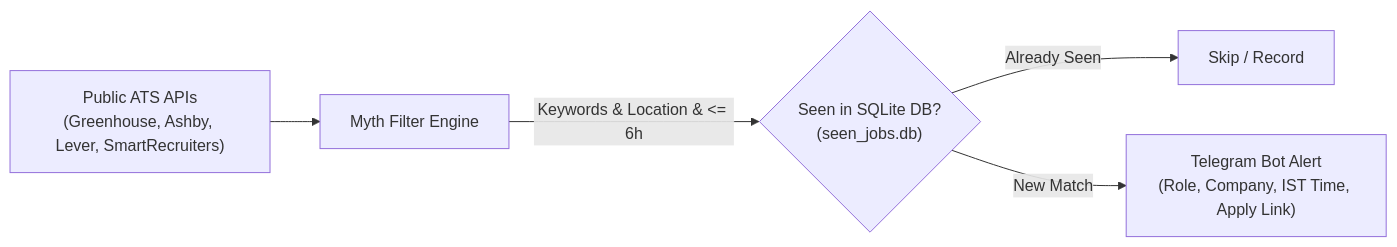
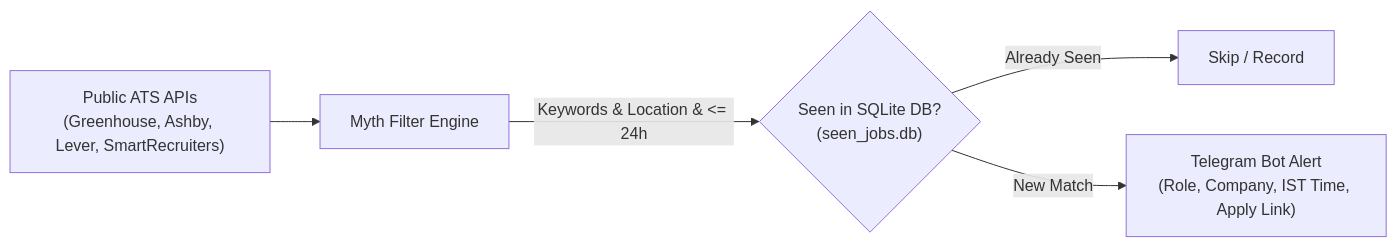
Before and after one commit to abhijeet-rx/Myth: the diagram in README.md, drawn with Mermaid. The commit also changed other lines of this file and 6 other files, not shown here.

Commit message:
feat: schedule every 15 mins, enforce <=24h age rule, and pre-seed seen_jobs.db to prevent duplicates

````diff
--- a/README.md
+++ b/README.md
@@ -21,7 +22,7 @@
 ```mermaid
 flowchart LR
     A["Public ATS APIs<br/>(Greenhouse, Ashby, Lever, SmartRecruiters)"] --> B["Myth Filter Engine"]
-    B -->|Keywords & Location & <= 6h| C{"Seen in SQLite DB?<br/>(seen_jobs.db)"}
+    B -->|Keywords & Location & <= 24h| C{"Seen in SQLite DB?<br/>(seen_jobs.db)"}
     C -->|Already Seen| D["Skip / Record"]
     C -->|New Match| E["Telegram Bot Alert<br/>(Role, Company, IST Time, Apply Link)"]
 ```
````
